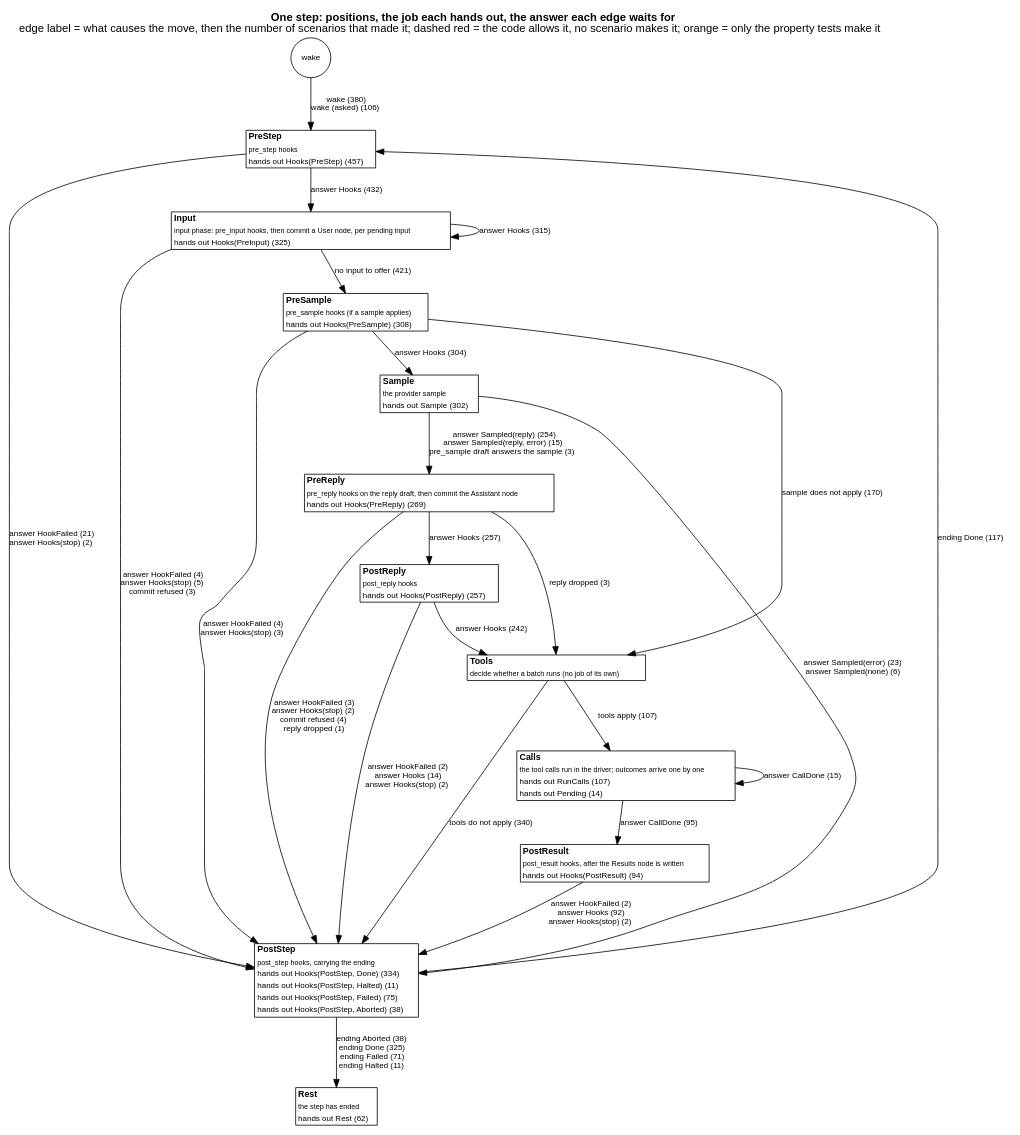
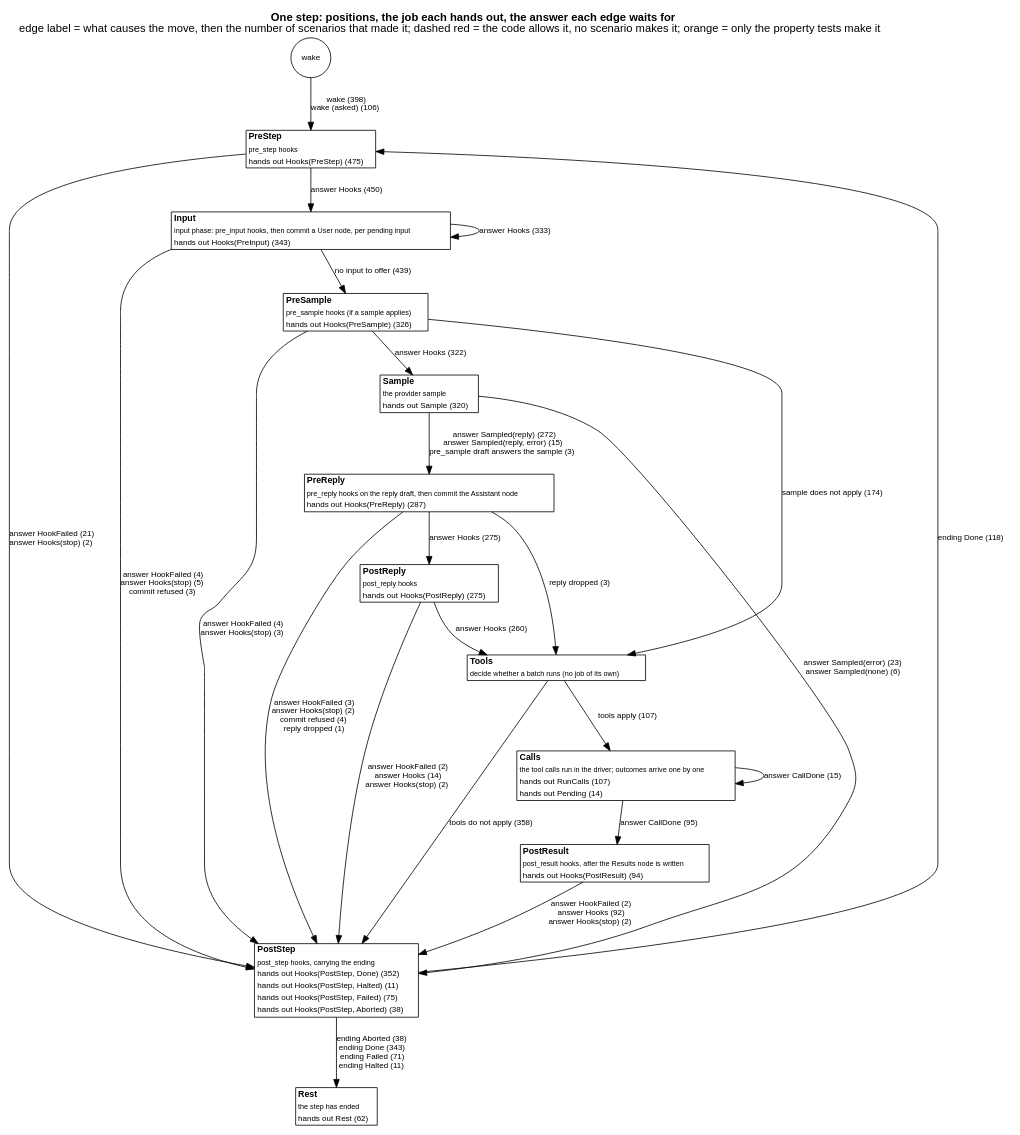
The diagram in docs/as-built/diagrams/step-positions.dot (jmccardle/tau), drawn with Graphviz before and after one commit. The commit also changed 41 other files, not shown here.

```diff
--- a/docs/as-built/diagrams/step-positions.dot
+++ b/docs/as-built/diagrams/step-positions.dot
@@ -1,41 +1,41 @@
 // Generated by scripts/diagrams.sh from the test suites' transitions. Do not edit.
 digraph step_positions {
   graph [rankdir=TB, fontname="Helvetica", nodesep=0.5, ranksep=0.6, labelloc=t, label=<<b>One step: positions, the job each hands out, the answer each edge waits for</b><br/>edge label = what causes the move, then the number of scenarios that made it; dashed red = the code allows it, no scenario makes it; orange = only the property tests make it>];
   node [shape=plain, fontname="Helvetica", fontsize=11];
   edge [fontname="Helvetica", fontsize=10];
   "(wake)" [shape=circle, label="wake", fontsize=10];
-  "PreStep" [label=<<table border="1" cellborder="0" cellspacing="0" bgcolor="white"><tr><td align="left"><b>PreStep</b></td></tr><tr><td align="left"><font point-size="9">pre_step hooks</font></td></tr><tr><td align="left"><font color="black" point-size="10">hands out Hooks(PreStep) (457)</font></td></tr></table>>];
-  "Input" [label=<<table border="1" cellborder="0" cellspacing="0" bgcolor="white"><tr><td align="left"><b>Input</b></td></tr><tr><td align="left"><font point-size="9">input phase: pre_input hooks, then commit a User node, per pending input</font></td></tr><tr><td align="left"><font color="black" point-size="10">hands out Hooks(PreInput) (325)</font></td></tr></table>>];
-  "PreSample" [label=<<table border="1" cellborder="0" cellspacing="0" bgcolor="white"><tr><td align="left"><b>PreSample</b></td></tr><tr><td align="left"><font point-size="9">pre_sample hooks (if a sample applies)</font></td></tr><tr><td align="left"><font color="black" point-size="10">hands out Hooks(PreSample) (308)</font></td></tr></table>>];
-  "Sample" [label=<<table border="1" cellborder="0" cellspacing="0" bgcolor="white"><tr><td align="left"><b>Sample</b></td></tr><tr><td align="left"><font point-size="9">the provider sample</font></td></tr><tr><td align="left"><font color="black" point-size="10">hands out Sample (302)</font></td></tr></table>>];
-  "PreReply" [label=<<table border="1" cellborder="0" cellspacing="0" bgcolor="white"><tr><td align="left"><b>PreReply</b></td></tr><tr><td align="left"><font point-size="9">pre_reply hooks on the reply draft, then commit the Assistant node</font></td></tr><tr><td align="left"><font color="black" point-size="10">hands out Hooks(PreReply) (269)</font></td></tr></table>>];
-  "PostReply" [label=<<table border="1" cellborder="0" cellspacing="0" bgcolor="white"><tr><td align="left"><b>PostReply</b></td></tr><tr><td align="left"><font point-size="9">post_reply hooks</font></td></tr><tr><td align="left"><font color="black" point-size="10">hands out Hooks(PostReply) (257)</font></td></tr></table>>];
+  "PreStep" [label=<<table border="1" cellborder="0" cellspacing="0" bgcolor="white"><tr><td align="left"><b>PreStep</b></td></tr><tr><td align="left"><font point-size="9">pre_step hooks</font></td></tr><tr><td align="left"><font color="black" point-size="10">hands out Hooks(PreStep) (475)</font></td></tr></table>>];
+  "Input" [label=<<table border="1" cellborder="0" cellspacing="0" bgcolor="white"><tr><td align="left"><b>Input</b></td></tr><tr><td align="left"><font point-size="9">input phase: pre_input hooks, then commit a User node, per pending input</font></td></tr><tr><td align="left"><font color="black" point-size="10">hands out Hooks(PreInput) (343)</font></td></tr></table>>];
+  "PreSample" [label=<<table border="1" cellborder="0" cellspacing="0" bgcolor="white"><tr><td align="left"><b>PreSample</b></td></tr><tr><td align="left"><font point-size="9">pre_sample hooks (if a sample applies)</font></td></tr><tr><td align="left"><font color="black" point-size="10">hands out Hooks(PreSample) (326)</font></td></tr></table>>];
+  "Sample" [label=<<table border="1" cellborder="0" cellspacing="0" bgcolor="white"><tr><td align="left"><b>Sample</b></td></tr><tr><td align="left"><font point-size="9">the provider sample</font></td></tr><tr><td align="left"><font color="black" point-size="10">hands out Sample (320)</font></td></tr></table>>];
+  "PreReply" [label=<<table border="1" cellborder="0" cellspacing="0" bgcolor="white"><tr><td align="left"><b>PreReply</b></td></tr><tr><td align="left"><font point-size="9">pre_reply hooks on the reply draft, then commit the Assistant node</font></td></tr><tr><td align="left"><font color="black" point-size="10">hands out Hooks(PreReply) (287)</font></td></tr></table>>];
+  "PostReply" [label=<<table border="1" cellborder="0" cellspacing="0" bgcolor="white"><tr><td align="left"><b>PostReply</b></td></tr><tr><td align="left"><font point-size="9">post_reply hooks</font></td></tr><tr><td align="left"><font color="black" point-size="10">hands out Hooks(PostReply) (275)</font></td></tr></table>>];
   "Tools" [label=<<table border="1" cellborder="0" cellspacing="0" bgcolor="white"><tr><td align="left"><b>Tools</b></td></tr><tr><td align="left"><font point-size="9">decide whether a batch runs (no job of its own)</font></td></tr></table>>];
   "Calls" [label=<<table border="1" cellborder="0" cellspacing="0" bgcolor="white"><tr><td align="left"><b>Calls</b></td></tr><tr><td align="left"><font point-size="9">the tool calls run in the driver; outcomes arrive one by one</font></td></tr><tr><td align="left"><font color="black" point-size="10">hands out RunCalls (107)</font></td></tr><tr><td align="left"><font color="black" point-size="10">hands out Pending (14)</font></td></tr></table>>];
   "PostResult" [label=<<table border="1" cellborder="0" cellspacing="0" bgcolor="white"><tr><td align="left"><b>PostResult</b></td></tr><tr><td align="left"><font point-size="9">post_result hooks, after the Results node is written</font></td></tr><tr><td align="left"><font color="black" point-size="10">hands out Hooks(PostResult) (94)</font></td></tr></table>>];
-  "PostStep" [label=<<table border="1" cellborder="0" cellspacing="0" bgcolor="white"><tr><td align="left"><b>PostStep</b></td></tr><tr><td align="left"><font point-size="9">post_step hooks, carrying the ending</font></td></tr><tr><td align="left"><font color="black" point-size="10">hands out Hooks(PostStep, Done) (334)</font></td></tr><tr><td align="left"><font color="black" point-size="10">hands out Hooks(PostStep, Halted) (11)</font></td></tr><tr><td align="left"><font color="black" point-size="10">hands out Hooks(PostStep, Failed) (75)</font></td></tr><tr><td align="left"><font color="black" point-size="10">hands out Hooks(PostStep, Aborted) (38)</font></td></tr></table>>];
+  "PostStep" [label=<<table border="1" cellborder="0" cellspacing="0" bgcolor="white"><tr><td align="left"><b>PostStep</b></td></tr><tr><td align="left"><font point-size="9">post_step hooks, carrying the ending</font></td></tr><tr><td align="left"><font color="black" point-size="10">hands out Hooks(PostStep, Done) (352)</font></td></tr><tr><td align="left"><font color="black" point-size="10">hands out Hooks(PostStep, Halted) (11)</font></td></tr><tr><td align="left"><font color="black" point-size="10">hands out Hooks(PostStep, Failed) (75)</font></td></tr><tr><td align="left"><font color="black" point-size="10">hands out Hooks(PostStep, Aborted) (38)</font></td></tr></table>>];
   "Rest" [label=<<table border="1" cellborder="0" cellspacing="0" bgcolor="white"><tr><td align="left"><b>Rest</b></td></tr><tr><td align="left"><font point-size="9">the step has ended</font></td></tr><tr><td align="left"><font color="black" point-size="10">hands out Rest (62)</font></td></tr></table>>];
-  "(wake)" -> "PreStep" [label=<wake (380)<br/>wake (asked) (106)>, color="black", style=solid];
+  "(wake)" -> "PreStep" [label=<wake (398)<br/>wake (asked) (106)>, color="black", style=solid];
   "Calls" -> "Calls" [label=<answer CallDone (15)>, color="black", style=solid];
   "Calls" -> "PostResult" [label=<answer CallDone (95)>, color="black", style=solid];
-  "Input" -> "Input" [label=<answer Hooks (315)>, color="black", style=solid];
+  "Input" -> "Input" [label=<answer Hooks (333)>, color="black", style=solid];
   "Input" -> "PostStep" [label=<answer HookFailed (4)<br/>answer Hooks(stop) (5)<br/>commit refused (3)>, color="black", style=solid];
-  "Input" -> "PreSample" [label=<no input to offer (421)>, color="black", style=solid];
+  "Input" -> "PreSample" [label=<no input to offer (439)>, color="black", style=solid];
   "PostReply" -> "PostStep" [label=<answer HookFailed (2)<br/>answer Hooks (14)<br/>answer Hooks(stop) (2)>, color="black", style=solid];
-  "PostReply" -> "Tools" [label=<answer Hooks (242)>, color="black", style=solid];
+  "PostReply" -> "Tools" [label=<answer Hooks (260)>, color="black", style=solid];
   "PostResult" -> "PostStep" [label=<answer HookFailed (2)<br/>answer Hooks (92)<br/>answer Hooks(stop) (2)>, color="black", style=solid];
-  "PostStep" -> "PreStep" [label=<ending Done (117)>, color="black", style=solid];
-  "PostStep" -> "Rest" [label=<ending Aborted (38)<br/>ending Done (325)<br/>ending Failed (71)<br/>ending Halted (11)>, color="black", style=solid];
-  "PreReply" -> "PostReply" [label=<answer Hooks (257)>, color="black", style=solid];
+  "PostStep" -> "PreStep" [label=<ending Done (118)>, color="black", style=solid];
+  "PostStep" -> "Rest" [label=<ending Aborted (38)<br/>ending Done (343)<br/>ending Failed (71)<br/>ending Halted (11)>, color="black", style=solid];
+  "PreReply" -> "PostReply" [label=<answer Hooks (275)>, color="black", style=solid];
   "PreReply" -> "PostStep" [label=<answer HookFailed (3)<br/>answer Hooks(stop) (2)<br/>commit refused (4)<br/>reply dropped (1)>, color="black", style=solid];
   "PreReply" -> "Tools" [label=<reply dropped (3)>, color="black", style=solid];
   "PreSample" -> "PostStep" [label=<answer HookFailed (4)<br/>answer Hooks(stop) (3)>, color="black", style=solid];
-  "PreSample" -> "Sample" [label=<answer Hooks (304)>, color="black", style=solid];
-  "PreSample" -> "Tools" [label=<sample does not apply (170)>, color="black", style=solid];
-  "PreStep" -> "Input" [label=<answer Hooks (432)>, color="black", style=solid];
+  "PreSample" -> "Sample" [label=<answer Hooks (322)>, color="black", style=solid];
+  "PreSample" -> "Tools" [label=<sample does not apply (174)>, color="black", style=solid];
+  "PreStep" -> "Input" [label=<answer Hooks (450)>, color="black", style=solid];
   "PreStep" -> "PostStep" [label=<answer HookFailed (21)<br/>answer Hooks(stop) (2)>, color="black", style=solid];
   "Sample" -> "PostStep" [label=<answer Sampled(error) (23)<br/>answer Sampled(none) (6)>, color="black", style=solid];
-  "Sample" -> "PreReply" [label=<answer Sampled(reply) (254)<br/>answer Sampled(reply, error) (15)<br/>pre_sample draft answers the sample (3)>, color="black", style=solid];
+  "Sample" -> "PreReply" [label=<answer Sampled(reply) (272)<br/>answer Sampled(reply, error) (15)<br/>pre_sample draft answers the sample (3)>, color="black", style=solid];
   "Tools" -> "Calls" [label=<tools apply (107)>, color="black", style=solid];
-  "Tools" -> "PostStep" [label=<tools do not apply (340)>, color="black", style=solid];
+  "Tools" -> "PostStep" [label=<tools do not apply (358)>, color="black", style=solid];
 }
```
